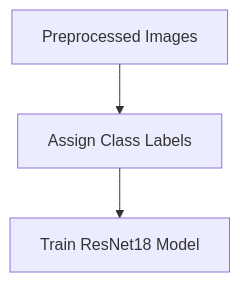
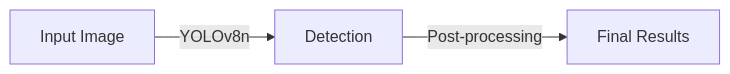
Before and after one commit to ahmad-kaif/tensors: the third of 3 diagrams in README.md, drawn with Mermaid. The commit also changed other lines of this file and 4 other files, not shown here.

````diff
--- a/README.md
+++ b/README.md
@@ -57,5 +61,5 @@
 ```mermaid
-flowchart TD
-    A[Preprocessed Images] --> B[Assign Class Labels]
-    B --> C[Train ResNet18 Model]
+flowchart LR
+    A[Input Image] -->|YOLOv8n| B[Detection]
+    B -->|Post-processing| C[Final Results]
 ```
````
